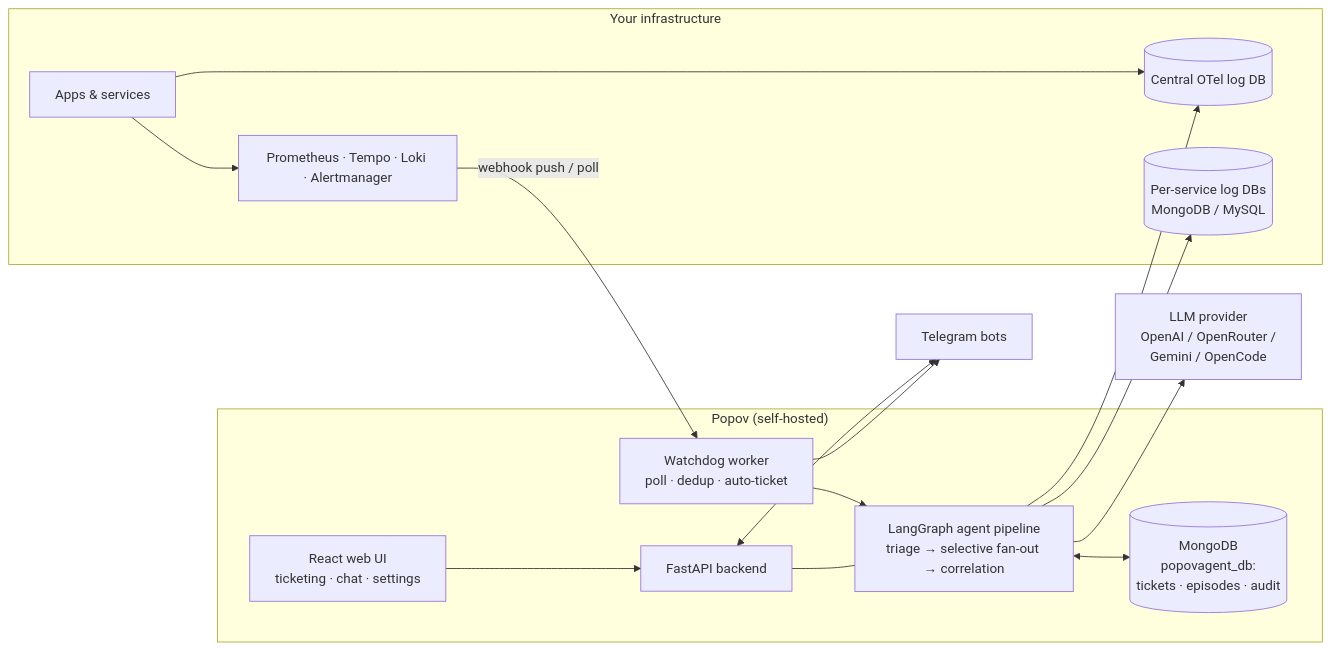
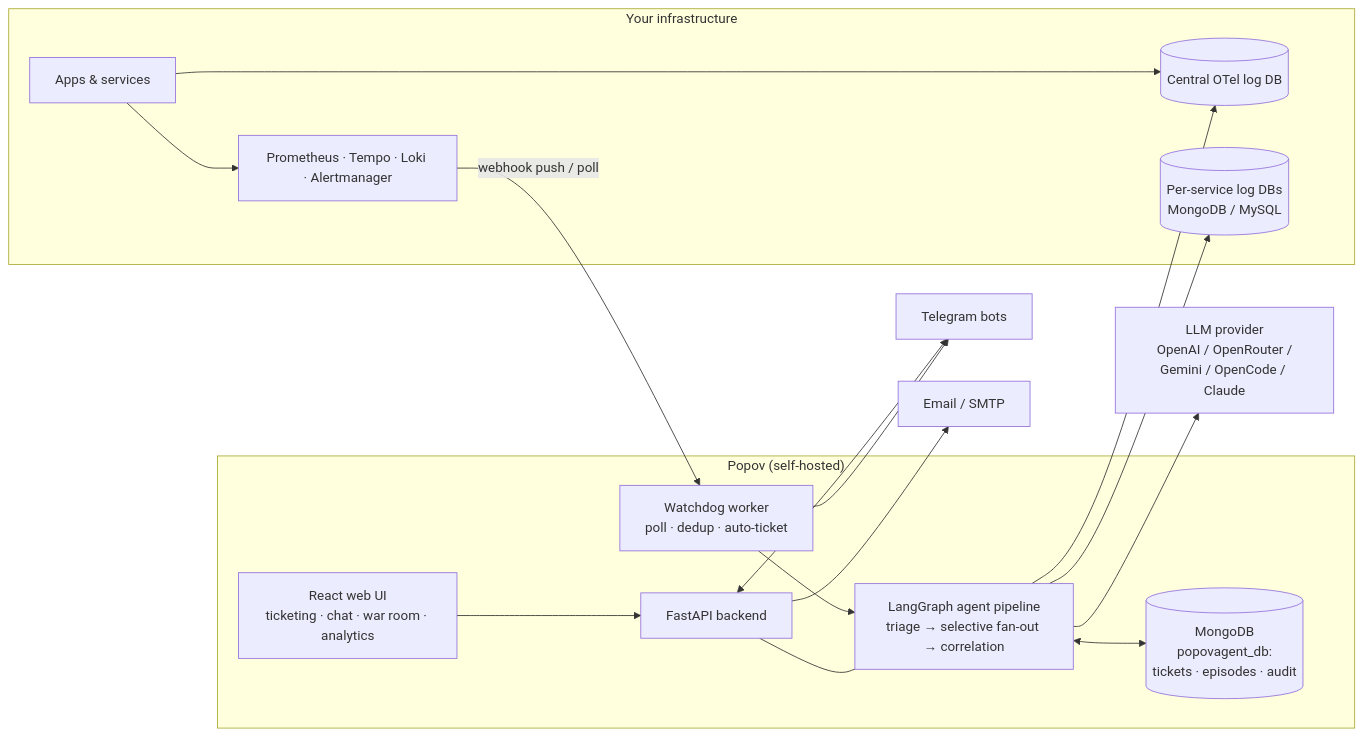
The diagram in README.md (putra-asmarjoe/popov), drawn with Mermaid before and after one commit. The commit also changed other lines of this file, not shown here.

Commit message:
docs: update README with Kubernetes Intelligence and Dashboard Analytics features

````diff
--- a/README.md
+++ b/README.md
@@ -199,33 +239,35 @@
 ```mermaid
 flowchart LR
     subgraph YourInfra["Your infrastructure"]
-        APPS[Apps &amp; services]
+        APPS[Apps & services]
         OBS[Prometheus · Tempo · Loki · Alertmanager]
         LOGDB[(Central OTel log DB)]
         SVCDB[(Per-service log DBs<br/>MongoDB / MySQL)]
     end
 
     subgraph Popov["Popov (self-hosted)"]
         WD[Watchdog worker<br/>poll · dedup · auto-ticket]
         API[FastAPI backend]
         GRAPH[LangGraph agent pipeline<br/>triage → selective fan-out → correlation]
         SB[(MongoDB<br/>popovagent_db:<br/>tickets · episodes · audit)]
-        UI[React web UI<br/>ticketing · chat · settings]
+        UI[React web UI<br/>ticketing · chat · war room · analytics]
     end
 
-    LLM[LLM provider<br/>OpenAI / OpenRouter /<br/>Gemini / OpenCode]
+    LLM[LLM provider<br/>OpenAI / OpenRouter /<br/>Gemini / OpenCode / Claude]
     TG[Telegram bots]
+    EM[Email / SMTP]
 
     APPS --> OBS
     APPS --> LOGDB
     OBS -- "webhook push / poll" --> WD
     WD --> GRAPH
     GRAPH --> SVCDB
     GRAPH --> LOGDB
     GRAPH <--> SB
     GRAPH --> LLM
     API --- GRAPH
     UI --> API
     API <--> TG
+    API --> EM
     WD --> TG
 ```
````
